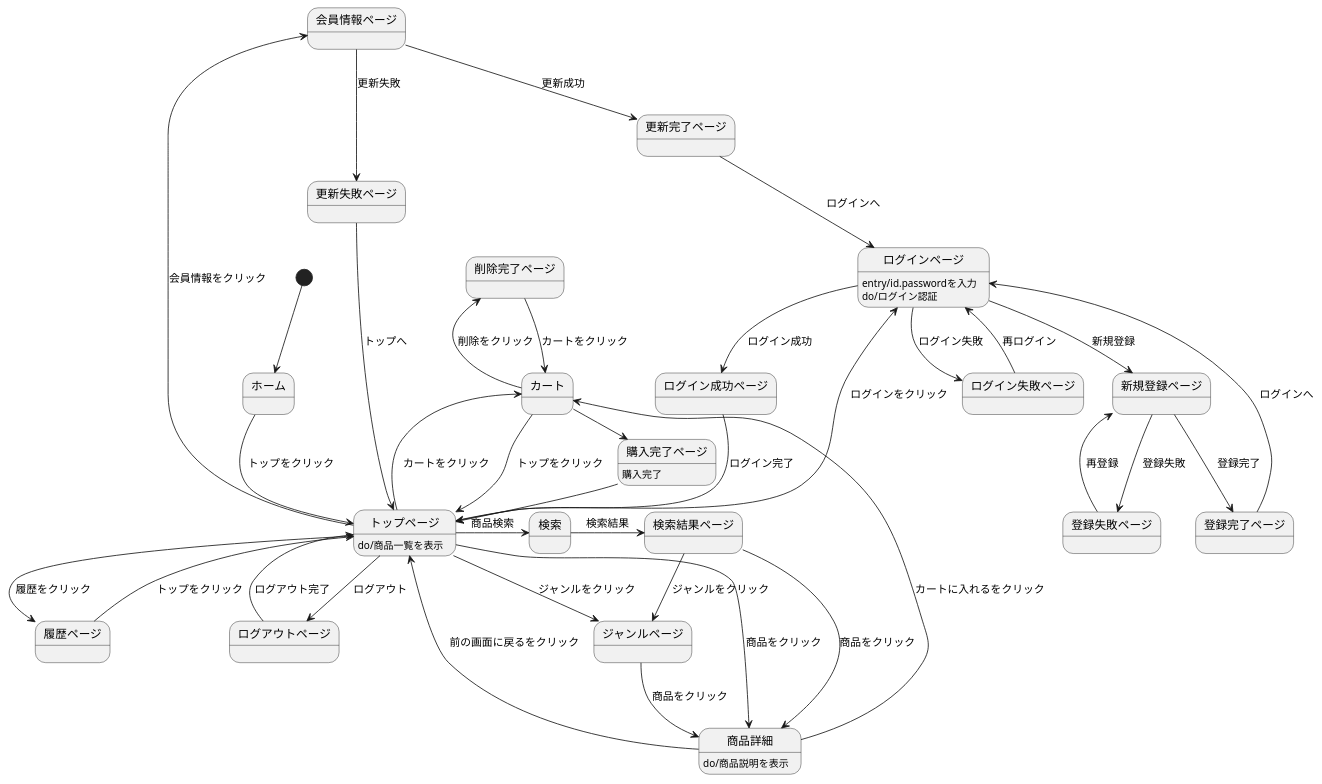
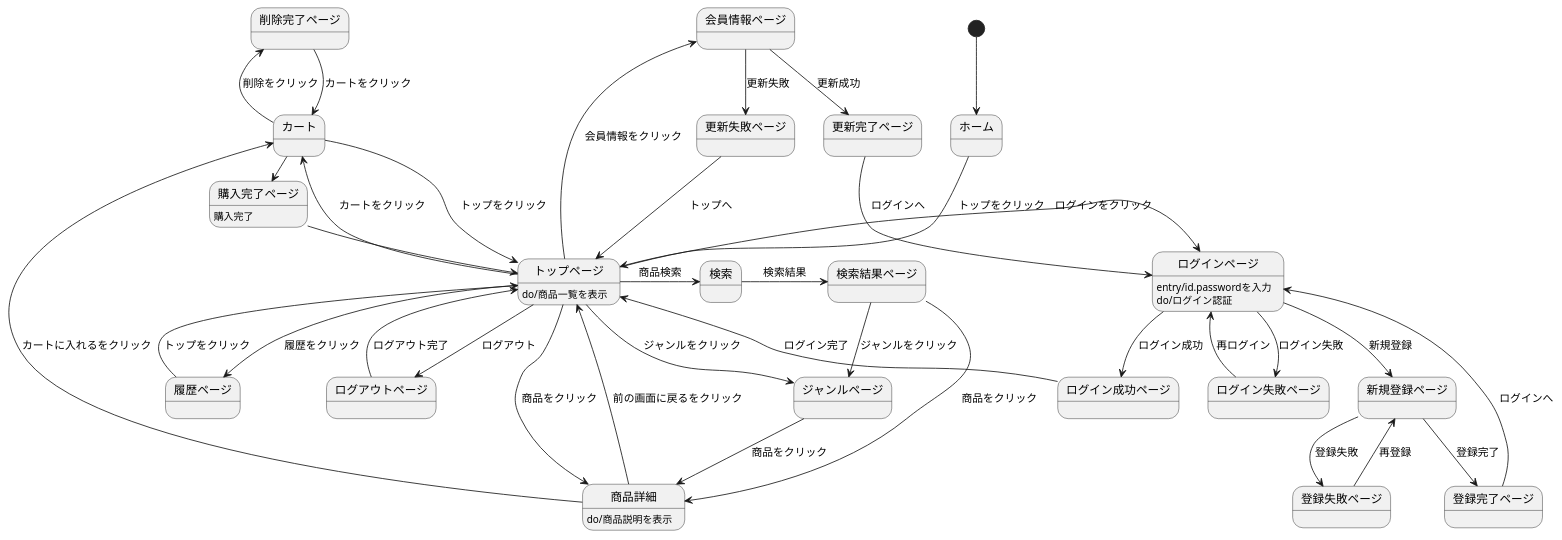
Before and after one commit to Aso2001142/2021sys-design: the diagram in ECサイト/画面遷移図.md, drawn with PlantUML.

````diff
--- a/ECサイト/画面遷移図.md
+++ b/ECサイト/画面遷移図.md
@@ -1,57 +1,57 @@
 ```uml
 @startuml
 [*] --> ホーム
 ホーム --> トップページ : トップをクリック
 トップページ : do/商品一覧を表示
 
-トップページ -left-> ログインページ : ログインをクリック
+トップページ -right-> ログインページ : ログインをクリック
 ログインページ : entry/id.passwordを入力
 ログインページ : do/ログイン認証
 ログインページ --> ログイン成功ページ : ログイン成功
 ログイン成功ページ --> トップページ : ログイン完了
 ログインページ --> ログイン失敗ページ : ログイン失敗
 ログイン失敗ページ -left-> ログインページ : 再ログイン
 
 ログインページ --> 新規登録ページ : 新規登録
 新規登録ページ --> 登録完了ページ : 登録完了
 登録完了ページ --> ログインページ : ログインへ
 新規登録ページ --> 登録失敗ページ : 登録失敗
 登録失敗ページ --> 新規登録ページ : 再登録
 
 トップページ -> 検索 : 商品検索
 検索 -> 検索結果ページ : 検索結果
 検索結果ページ --> ジャンルページ : ジャンルをクリック
 検索結果ページ --> 商品詳細 : 商品をクリック
 
 トップページ -> 商品詳細 : 商品をクリック
 トップページ --> カート : カートをクリック
 
 トップページ --> ログアウトページ : ログアウト
 ログアウトページ --> トップページ : ログアウト完了
 
 トップページ --> 履歴ページ : 履歴をクリック
 履歴ページ --> トップページ : トップをクリック
 
 トップページ -left-> 会員情報ページ : 会員情報をクリック
 会員情報ページ --> 更新完了ページ : 更新成功
 更新完了ページ --> ログインページ : ログインへ
 会員情報ページ --> 更新失敗ページ : 更新失敗
 更新失敗ページ --> トップページ : トップへ
 
 トップページ -left-> ジャンルページ :  ジャンルをクリック
 ジャンルページ --> 商品詳細 : 商品をクリック
 
 商品詳細 --> カート : カートに入れるをクリック
 商品詳細 --> トップページ : 前の画面に戻るをクリック
 商品詳細 : do/商品説明を表示
 カート -up-> トップページ : トップをクリック
 
 
 カート -> 購入完了ページ : 購入をクリック
 カート -left> 削除完了ページ : 削除をクリック
 削除完了ページ --> カート : カートをクリック
 購入完了ページ -> トップページ : トップをクリック
 購入完了ページ : 購入完了
 
 @enduml
 ```
````
